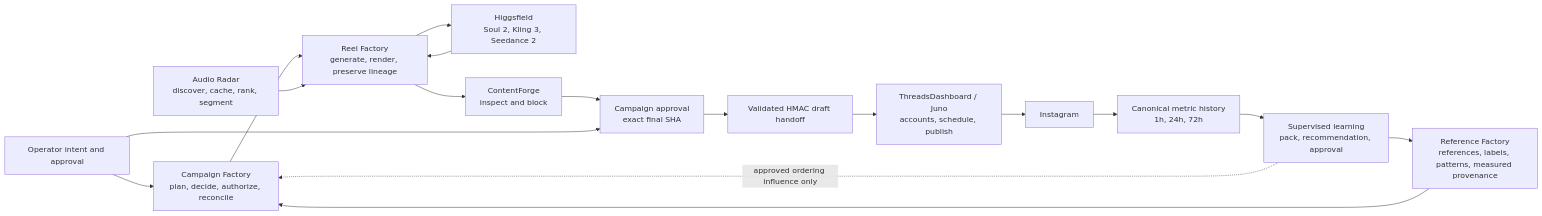
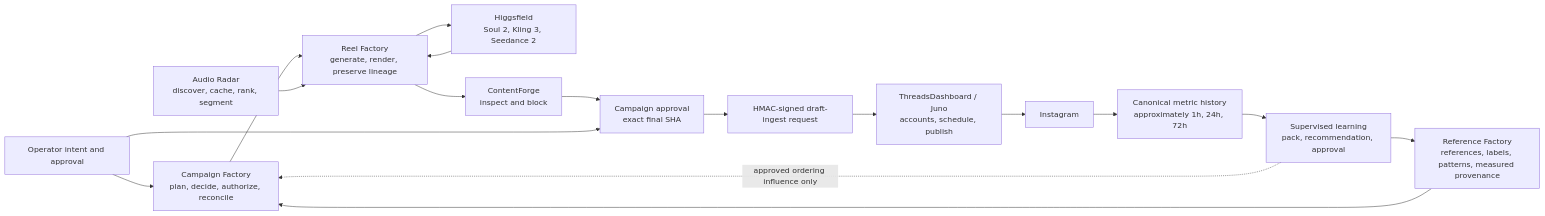
Before and after one commit to adersouza/creator-os: the first of 3 diagrams in CREATOR_OS_SYSTEM_MAP.md, drawn with Mermaid. The commit also changed other lines of this file and 137 other files, not shown here.

````diff
--- a/CREATOR_OS_SYSTEM_MAP.md
+++ b/CREATOR_OS_SYSTEM_MAP.md
@@ -71,33 +75,33 @@
 ```mermaid
 flowchart LR
     Operator["Operator intent and approval"]
     Reference["Reference Factory<br/>references, labels, patterns, measured provenance"]
     Campaign["Campaign Factory<br/>plan, decide, authorize, reconcile"]
     Reel["Reel Factory<br/>generate, render, preserve lineage"]
     Higgsfield["Higgsfield<br/>Soul 2, Kling 3, Seedance 2"]
     Audio["Audio Radar<br/>discover, cache, rank, segment"]
     Forge["ContentForge<br/>inspect and block"]
     Approval["Campaign approval<br/>exact final SHA"]
-    Export["Validated HMAC draft handoff"]
+    Export["HMAC-signed draft-ingest request"]
     TD["ThreadsDashboard / Juno<br/>accounts, schedule, publish"]
     Instagram["Instagram"]
-    Metrics["Canonical metric history<br/>1h, 24h, 72h"]
+    Metrics["Canonical metric history<br/>approximately 1h, 24h, 72h"]
     Learning["Supervised learning<br/>pack, recommendation, approval"]
 
     Operator --> Campaign
     Reference --> Campaign
     Campaign --> Reel
     Reel --> Higgsfield
     Higgsfield --> Reel
     Audio --> Reel
     Reel --> Forge
     Forge --> Approval
     Operator --> Approval
     Approval --> Export
     Export --> TD
     TD --> Instagram
     Instagram --> Metrics
     Metrics --> Learning
     Learning --> Reference
     Learning -. "approved ordering influence only" .-> Campaign
 ```
````
